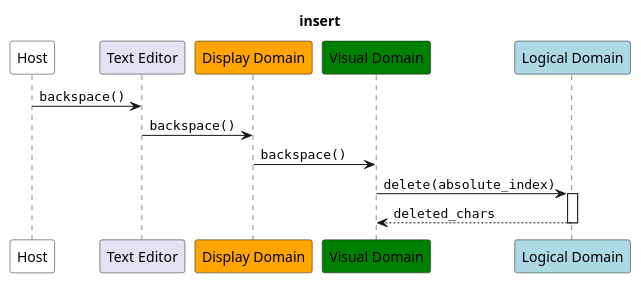
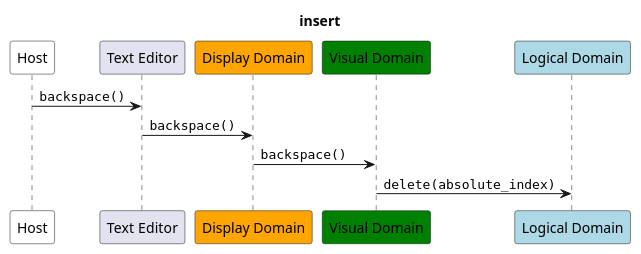
The diagram in docs/source/specs/architecture/diagrams/seq_backspace.puml (JoeRittiner/TextEngine), drawn with PlantUML before and after one commit. The commit also changed 12 other files, not shown here.

```diff
--- a/docs/source/specs/architecture/diagrams/seq_backspace.puml
+++ b/docs/source/specs/architecture/diagrams/seq_backspace.puml
@@ -1,22 +1,20 @@
 @startuml
 
 title insert
 
 participant Host as App #white
 participant "Text Editor" as Facade
 participant "Display Domain" as DD #orange
 participant "Visual Domain" as VD #green
 participant "Logical Domain" as LD #lightblue
 
 
 App -> Facade : ""backspace()""
 Facade -> DD : ""backspace()""
 DD -> VD : ""backspace()""
 VD -> LD : ""delete(absolute_index)""
-activate LD
-    return ""deleted_chars""
 
 deactivate DD
 
 
 @enduml
```
